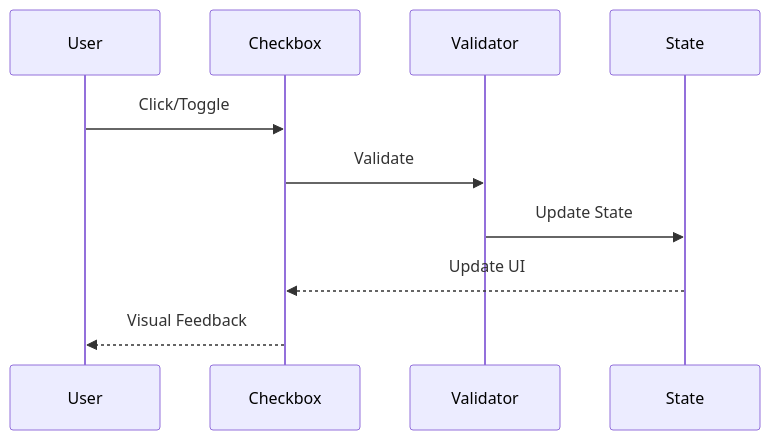
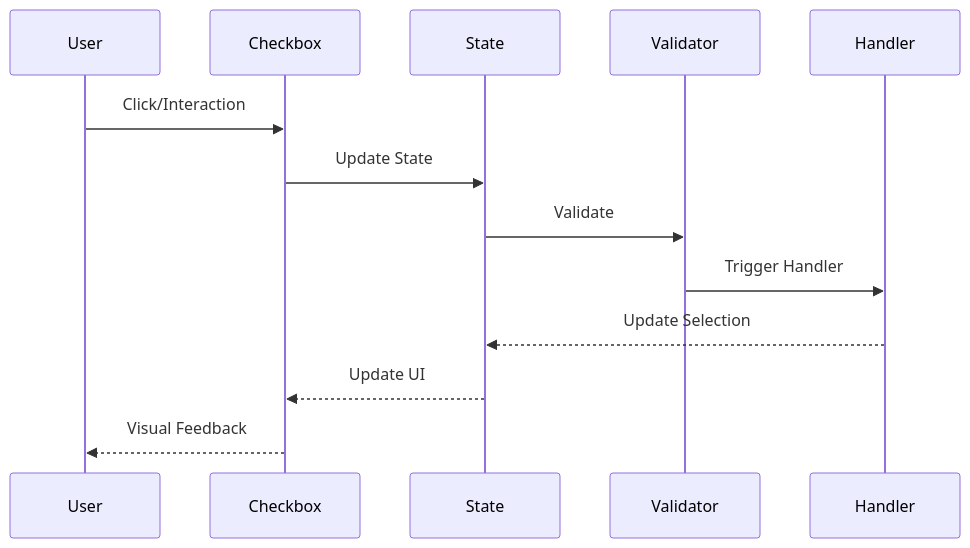
One commit to gedeza/thrive-send changed the second of 3 diagrams in DOCS/components/forms/Checkbox.md. Above: the diagram before and after it, drawn with Mermaid. The commit also changed other lines of this file and 25 other files, not shown here.

````diff
--- a/DOCS/components/forms/Checkbox.md
+++ b/DOCS/components/forms/Checkbox.md
@@ -22,13 +41,16 @@
 ```mermaid
 sequenceDiagram
     participant U as User
     participant C as Checkbox
+    participant S as State
     participant V as Validator
-    participant S as State
+    participant H as Handler
     
-    U->>C: Click/Toggle
-    C->>V: Validate
-    V->>S: Update State
+    U->>C: Click/Interaction
+    C->>S: Update State
+    S->>V: Validate
+    V->>H: Trigger Handler
+    H-->>S: Update Selection
     S-->>C: Update UI
     C-->>U: Visual Feedback
 ```
````
